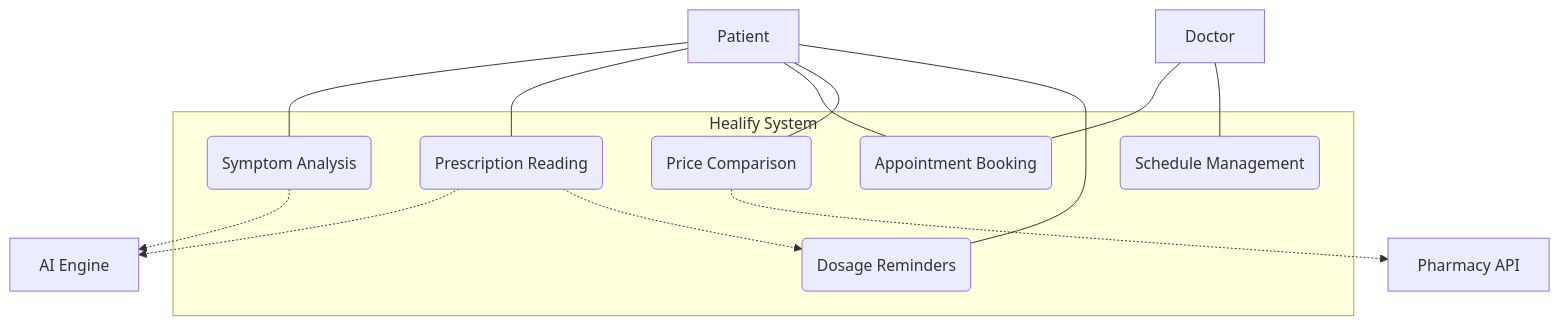
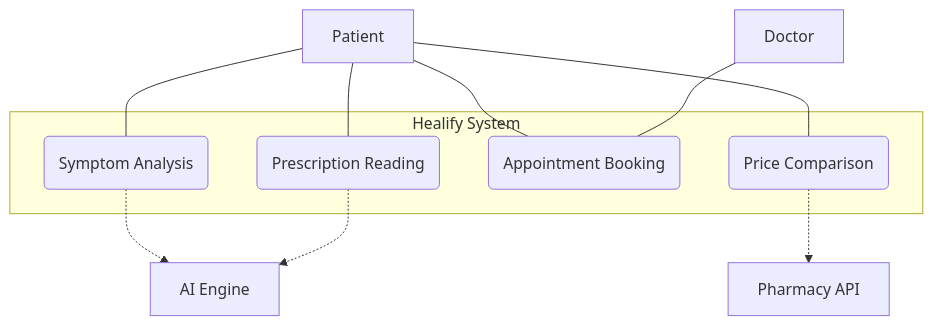
The diagram in README.md (Priyakumari0307/Healify), drawn with Mermaid before and after one commit. The commit also changed other lines of this file, not shown here.

Commit message:
Remove dosage reminder from README and Use Case Diagram

````diff
--- a/README.md
+++ b/README.md
@@ -55,36 +55,29 @@
 ```mermaid
 graph TD
     %% Actors
     P[Patient]
     D[Doctor]
     Ph[Pharmacy API]
     AI[AI Engine]
 
     subgraph "Healify System"
         UC1(Symptom Analysis)
         UC2(Prescription Reading)
         UC3(Appointment Booking)
         UC4(Price Comparison)
-        UC5(Dosage Reminders)
-        UC6(Schedule Management)
     end
 
     %% Patient Interactions
     P --- UC1
     P --- UC2
     P --- UC3
     P --- UC4
-    P --- UC5
 
     %% System Dependencies
     UC1 -.-> AI
     UC2 -.-> AI
     UC4 -.-> Ph
 
     %% Doctor Interactions
     D --- UC3
-    D --- UC6
-
-    %% Internal Relationship
-    UC2 -.-> UC5
 ```
````
